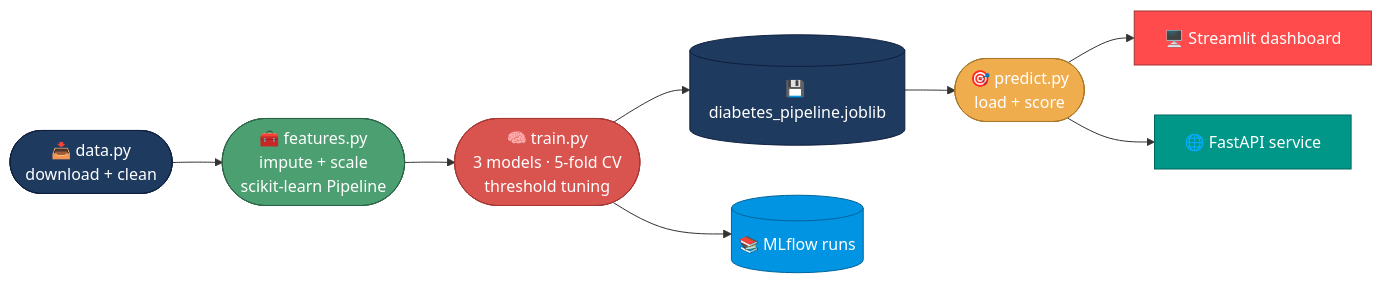
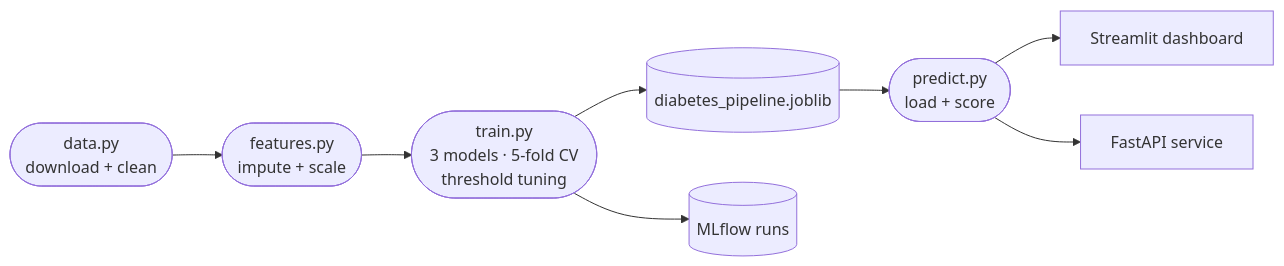
One commit to nanettetada/diabetes-risk-mlops changed the diagram in README.md. Above: the diagram before and after it, drawn with Mermaid. The commit also changed other lines of this file, not shown here.

````diff
--- a/README.md
+++ b/README.md
@@ -178,19 +90,10 @@
 ```mermaid
 flowchart LR
-    A([📥 data.py<br/>download + clean]) --> B([🧰 features.py<br/>impute + scale<br/>scikit-learn Pipeline])
-    B --> C([🧠 train.py<br/>3 models · 5-fold CV<br/>threshold tuning])
-    C --> M[(💾 diabetes_pipeline.joblib)]
-    C --> L[(📚 MLflow runs)]
-    M --> P([🎯 predict.py<br/>load + score])
-    P --> S[🖥️ Streamlit dashboard]
-    P --> F[🌐 FastAPI service]
-
-    style A fill:#1f3a5f,stroke:#0f1f3f,color:#fff
-    style B fill:#4C9F70,stroke:#2d6347,color:#fff
-    style C fill:#D9534F,stroke:#a33834,color:#fff
-    style P fill:#F0AD4E,stroke:#a87a2c,color:#fff
-    style M fill:#1f3a5f,stroke:#0f1f3f,color:#fff
-    style L fill:#0194E2,stroke:#02649b,color:#fff
-    style S fill:#FF4B4B,stroke:#a33232,color:#fff
-    style F fill:#009688,stroke:#00665d,color:#fff
+    A([data.py<br/>download + clean]) --> B([features.py<br/>impute + scale])
+    B --> C([train.py<br/>3 models · 5-fold CV<br/>threshold tuning])
+    C --> M[(diabetes_pipeline.joblib)]
+    C --> L[(MLflow runs)]
+    M --> P([predict.py<br/>load + score])
+    P --> S[Streamlit dashboard]
+    P --> F[FastAPI service]
 ```
````
